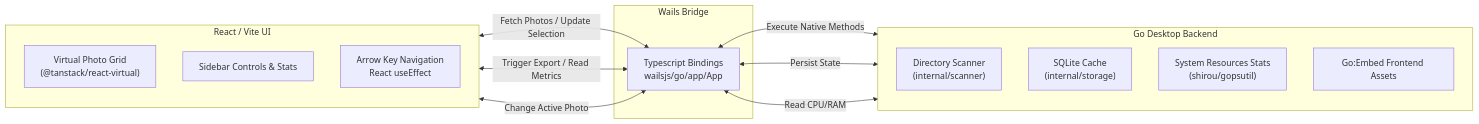
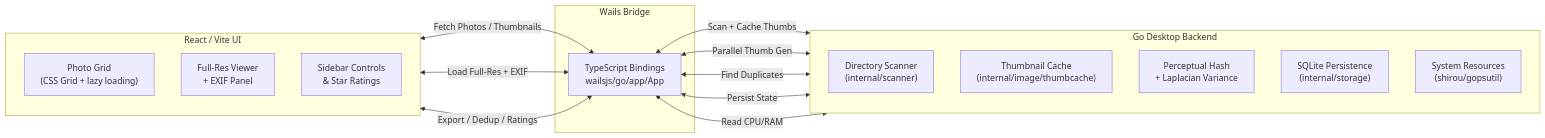
One commit to Abhishekmitra-slg/CullSnap changed the diagram in README.md. Above: the diagram before and after it, drawn with Mermaid. The commit also changed other lines of this file and 5 other files, not shown here.

````diff
--- a/README.md
+++ b/README.md
@@ -22,29 +27,32 @@
 ```mermaid
 graph LR
     subgraph Frontend [React / Vite UI]
         direction TB
-        Grid["Virtual Photo Grid\n(@tanstack/react-virtual)"]
-        Sidebar["Sidebar Controls & Stats"]
-        Keys["Arrow Key Navigation\nReact useEffect"]
+        Grid["Photo Grid\n(CSS Grid + lazy loading)"]
+        Viewer["Full-Res Viewer\n+ EXIF Panel"]
+        Sidebar["Sidebar Controls\n& Star Ratings"]
     end
 
     subgraph IPC [Wails Bridge]
-        Bindings["Typescript Bindings\nwailsjs/go/app/App"]
+        Bindings["TypeScript Bindings\nwailsjs/go/app/App"]
     end
 
     subgraph Backend [Go Desktop Backend]
         direction TB
         Scanner["Directory Scanner\n(internal/scanner)"]
-        Storage["SQLite Cache\n(internal/storage)"]
-        OS["System Resources Stats\n(shirou/gopsutil)"]
-        Assets["Go:Embed Frontend Assets"]
+        ThumbCache["Thumbnail Cache\n(internal/image/thumbcache)"]
+        Dedupe["Perceptual Hash\n+ Laplacian Variance"]
+        Storage["SQLite Persistence\n(internal/storage)"]
+        OS["System Resources\n(shirou/gopsutil)"]
     end
 
-    Grid <-->|Fetch Photos / Update Selection| Bindings
-    Sidebar <-->|Trigger Export / Read Metrics| Bindings
-    Keys <-->|Change Active Photo| Bindings
+    Grid <-->|Fetch Photos / Thumbnails| Bindings
+    Viewer <-->|Load Full-Res + EXIF| Bindings
+    Sidebar <-->|Export / Dedup / Ratings| Bindings
 
-    Bindings <-->|Execute Native Methods| Scanner
+    Bindings <-->|Scan + Cache Thumbs| Scanner
+    Bindings <-->|Parallel Thumb Gen| ThumbCache
+    Bindings <-->|Find Duplicates| Dedupe
     Bindings <-->|Persist State| Storage
     Bindings <-->|Read CPU/RAM| OS
 ```
````
